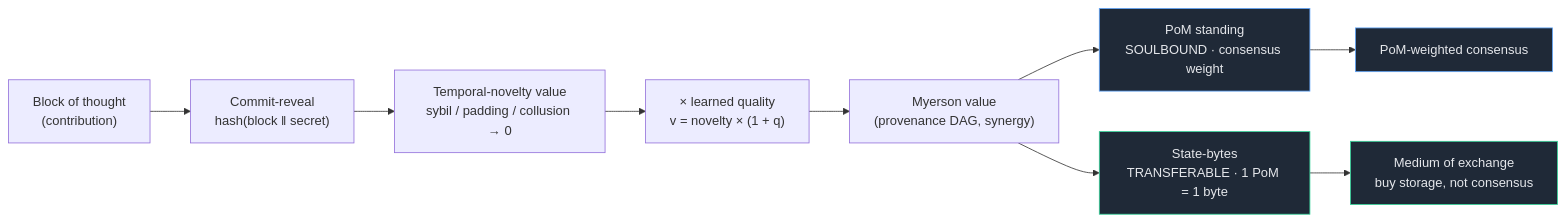
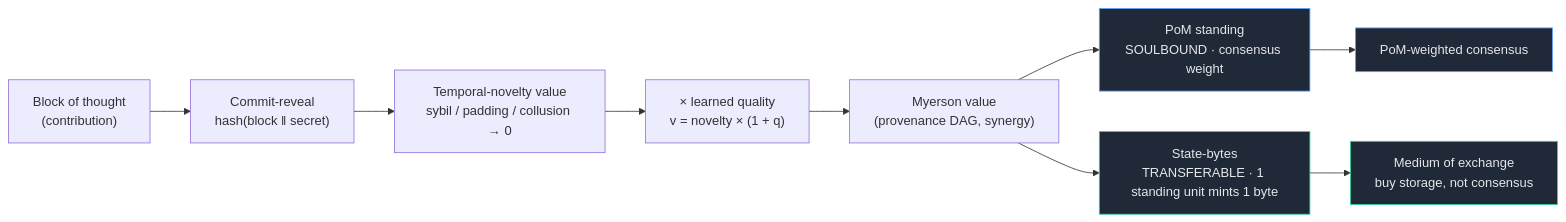
Before and after one commit to WGlynn/noesis: the first of 4 diagrams in docs/WHITEPAPER.md, drawn with Mermaid. The commit also changed other lines of this file and 43 other files, not shown here.

````diff
--- a/docs/WHITEPAPER.md
+++ b/docs/WHITEPAPER.md
@@ -70,15 +70,15 @@
 ```mermaid
 flowchart LR
   A["Block of thought<br/>(contribution)"] --> B["Commit-reveal<br/>hash(block ‖ secret)"]
   B --> C["Temporal-novelty value<br/>sybil / padding / collusion → 0"]
   C --> D["× learned quality<br/>v = novelty × (1 + q)"]
   D --> E["Myerson value<br/>(provenance DAG, synergy)"]
   E --> F["PoM standing<br/>SOULBOUND · consensus weight"]
-  E --> G["State-bytes<br/>TRANSFERABLE · 1 PoM = 1 byte"]
+  E --> G["State-bytes<br/>TRANSFERABLE · 1 standing unit mints 1 byte"]
   F --> H["PoM-weighted consensus"]
   G --> I["Medium of exchange<br/>buy storage, not consensus"]
   classDef sb fill:#1f2937,stroke:#60a5fa,color:#e5e7eb;
   classDef tr fill:#1f2937,stroke:#34d399,color:#e5e7eb;
   class F,H sb
   class G,I tr
 ```
````
